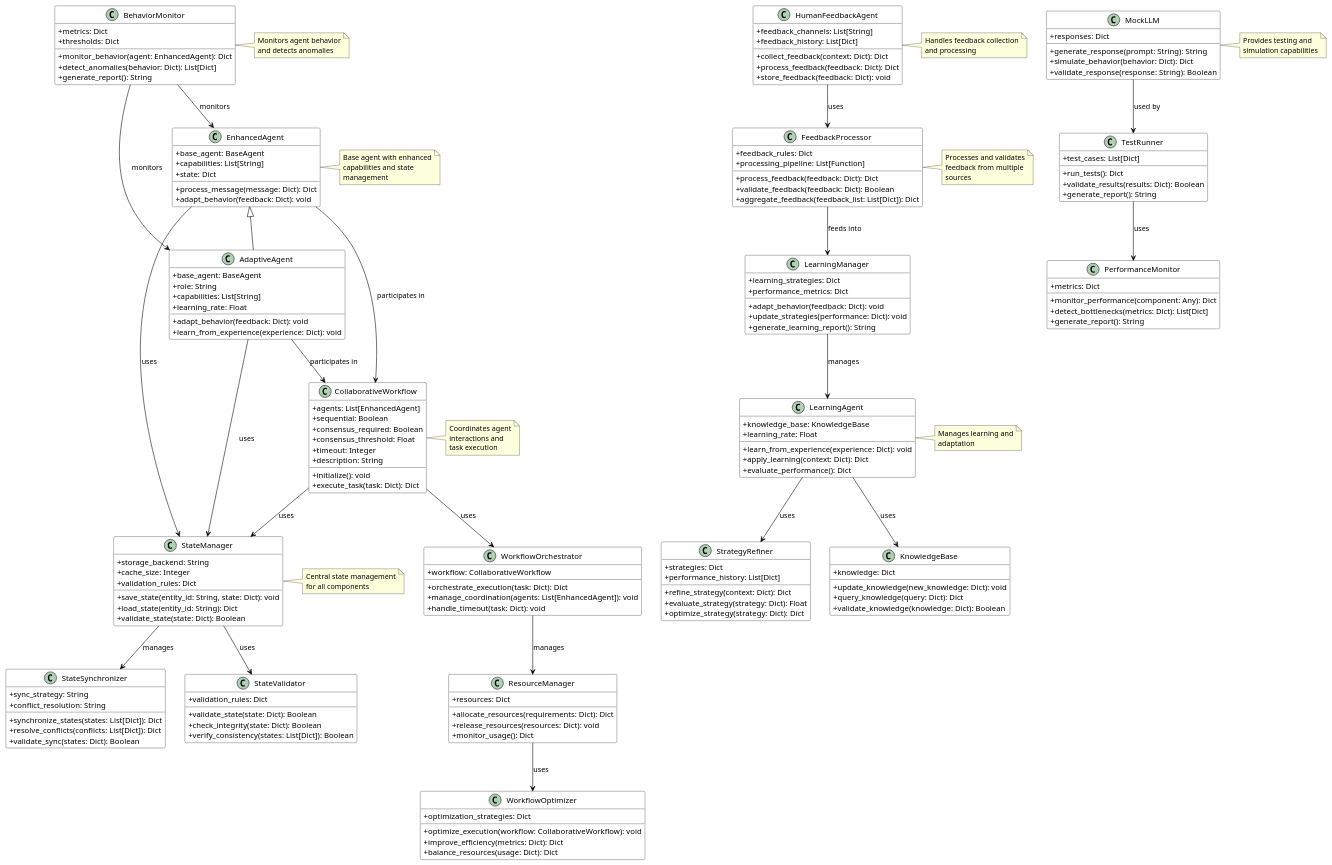
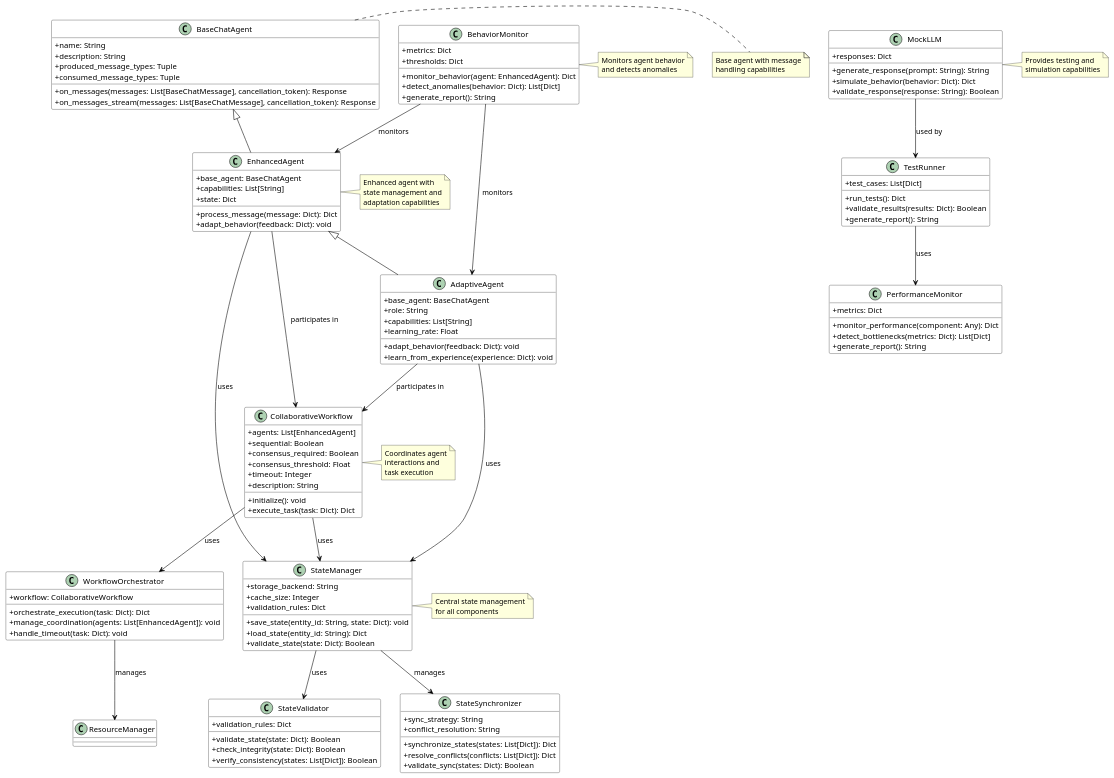
One commit to lorenzoridolfi/xpto changed the diagram in docs/architecture.puml. Above: the diagram before and after it, drawn with PlantUML. The commit also changed 11 other files, not shown here.

```diff
--- a/docs/architecture.puml
+++ b/docs/architecture.puml
@@ -8,9 +8,18 @@
     BorderColor Black
 }
 
-' Agent System Components
+' Core Agent Components
+class BaseChatAgent {
+    + name: String
+    + description: String
+    + produced_message_types: Tuple
+    + consumed_message_types: Tuple
+    + on_messages(messages: List[BaseChatMessage], cancellation_token): Response
+    + on_messages_stream(messages: List[BaseChatMessage], cancellation_token): Response
+}
+
 class EnhancedAgent {
-    + base_agent: BaseAgent
+    + base_agent: BaseChatAgent
     + capabilities: List[String]
     + state: Dict
     + process_message(message: Dict): Dict
@@ -18,7 +27,7 @@
 }
 
 class AdaptiveAgent {
-    + base_agent: BaseAgent
+    + base_agent: BaseChatAgent
     + role: String
     + capabilities: List[String]
     + learning_rate: Float
@@ -32,55 +41,6 @@
     + monitor_behavior(agent: EnhancedAgent): Dict
     + detect_anomalies(behavior: Dict): List[Dict]
     + generate_report(): String
-}
-
-' Human Feedback Components
-class HumanFeedbackAgent {
-    + feedback_channels: List[String]
-    + feedback_history: List[Dict]
-    + collect_feedback(context: Dict): Dict
-    + process_feedback(feedback: Dict): Dict
-    + store_feedback(feedback: Dict): void
-}
-
-class FeedbackProcessor {
-    + feedback_rules: Dict
-    + processing_pipeline: List[Function]
-    + process_feedback(feedback: Dict): Dict
-    + validate_feedback(feedback: Dict): Boolean
-    + aggregate_feedback(feedback_list: List[Dict]): Dict
-}
-
-class LearningManager {
-    + learning_strategies: Dict
-    + performance_metrics: Dict
-    + adapt_behavior(feedback: Dict): void
-    + update_strategies(performance: Dict): void
-    + generate_learning_report(): String
-}
-
-' Learning and Adaptation Components
-class LearningAgent {
-    + knowledge_base: KnowledgeBase
-    + learning_rate: Float
-    + learn_from_experience(experience: Dict): void
-    + apply_learning(context: Dict): Dict
-    + evaluate_performance(): Dict
-}
-
-class StrategyRefiner {
-    + strategies: Dict
-    + performance_history: List[Dict]
-    + refine_strategy(context: Dict): Dict
-    + evaluate_strategy(strategy: Dict): Float
-    + optimize_strategy(strategy: Dict): Dict
-}
-
-class KnowledgeBase {
-    + knowledge: Dict
-    + update_knowledge(new_knowledge: Dict): void
-    + query_knowledge(query: Dict): Dict
-    + validate_knowledge(knowledge: Dict): Boolean
 }
 
 ' State Management Components
@@ -127,20 +87,6 @@
     + handle_timeout(task: Dict): void
 }
 
-class ResourceManager {
-    + resources: Dict
-    + allocate_resources(requirements: Dict): Dict
-    + release_resources(resources: Dict): void
-    + monitor_usage(): Dict
-}
-
-class WorkflowOptimizer {
-    + optimization_strategies: Dict
-    + optimize_execution(workflow: CollaborativeWorkflow): void
-    + improve_efficiency(metrics: Dict): Dict
-    + balance_resources(usage: Dict): Dict
-}
-
 ' Development Tools Components
 class MockLLM {
     + responses: Dict
@@ -164,18 +110,12 @@
 }
 
 ' Relationships
+BaseChatAgent <|-- EnhancedAgent
 EnhancedAgent <|-- AdaptiveAgent
 
 ' Agent System Relationships
 BehaviorMonitor --> EnhancedAgent : monitors
 BehaviorMonitor --> AdaptiveAgent : monitors
-
-' Feedback System Relationships
-HumanFeedbackAgent --> FeedbackProcessor : uses
-FeedbackProcessor --> LearningManager : feeds into
-LearningManager --> LearningAgent : manages
-LearningAgent --> KnowledgeBase : uses
-LearningAgent --> StrategyRefiner : uses
 
 ' State Management Relationships
 StateManager --> StateSynchronizer : manages
@@ -187,7 +127,6 @@
 ' Workflow Relationships
 CollaborativeWorkflow --> WorkflowOrchestrator : uses
 WorkflowOrchestrator --> ResourceManager : manages
-ResourceManager --> WorkflowOptimizer : uses
 EnhancedAgent --> CollaborativeWorkflow : participates in
 AdaptiveAgent --> CollaborativeWorkflow : participates in
 
@@ -196,31 +135,20 @@
 TestRunner --> PerformanceMonitor : uses
 
 ' Notes
+note right of BaseChatAgent
+  Base agent with message
+  handling capabilities
+end note
+
 note right of EnhancedAgent
-  Base agent with enhanced
-  capabilities and state
-  management
+  Enhanced agent with
+  state management and
+  adaptation capabilities
 end note
 
 note right of BehaviorMonitor
   Monitors agent behavior
   and detects anomalies
-end note
-
-note right of HumanFeedbackAgent
-  Handles feedback collection
-  and processing
-end note
-
-note right of FeedbackProcessor
-  Processes and validates
-  feedback from multiple
-  sources
-end note
-
-note right of LearningAgent
-  Manages learning and
-  adaptation
 end note
 
 note right of StateManager
```
